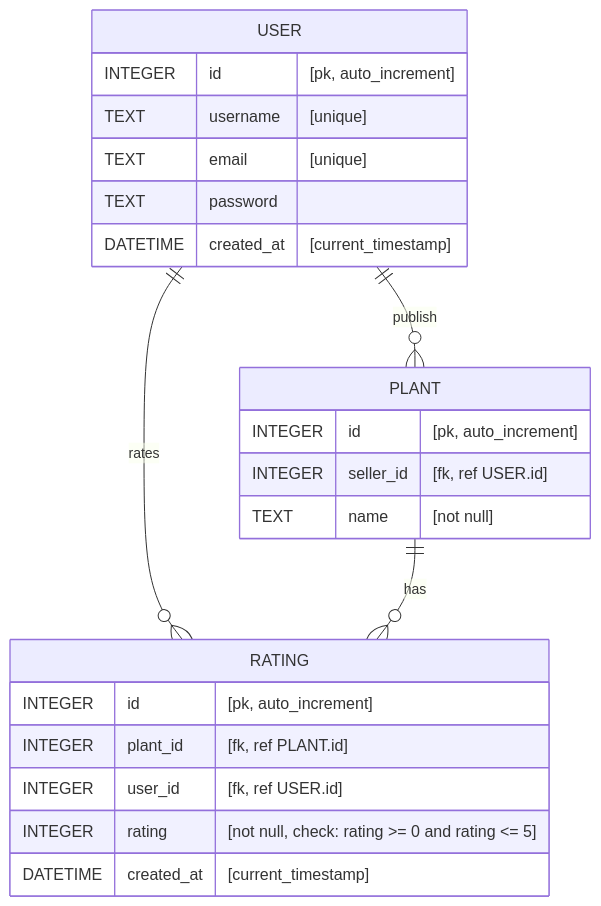
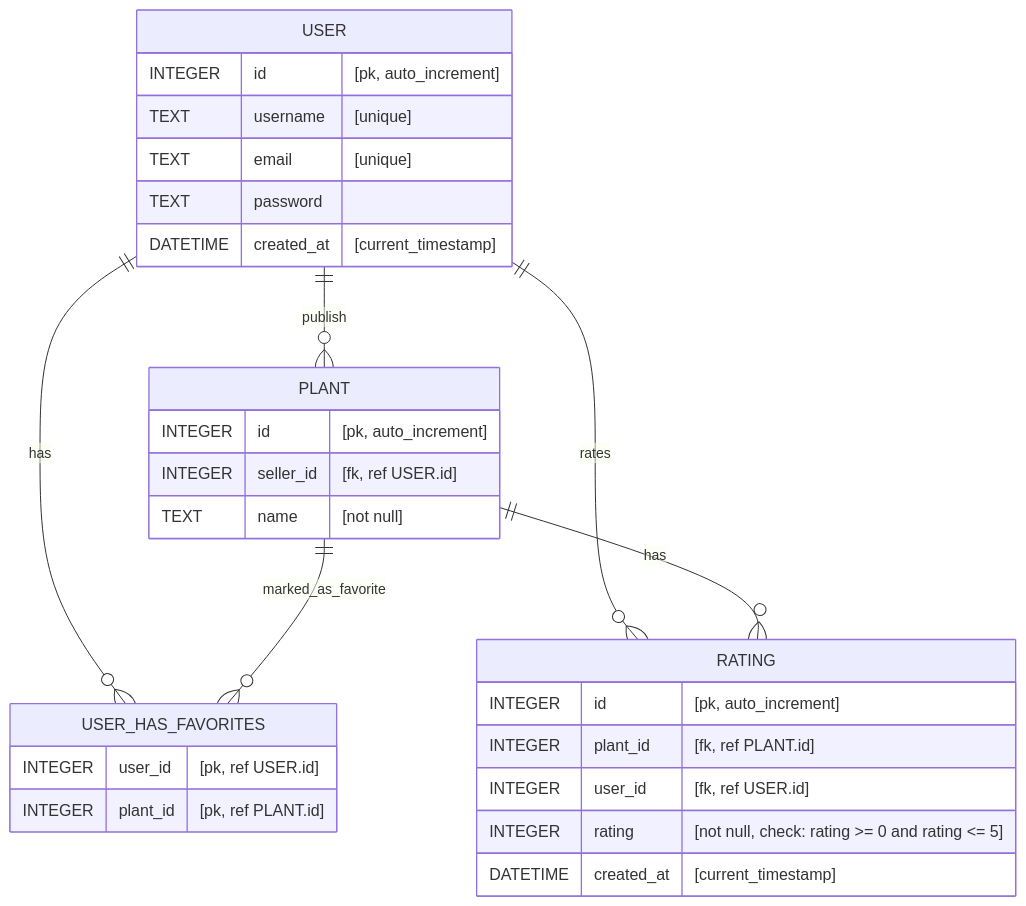
One commit to PedroChaparro/plants-collectors-backend changed the diagram in docs/ENTITY_RELATIONSHIP.MD. Above: the diagram before and after it, drawn with Mermaid. The commit also changed other lines of this file and 1 other file, not shown here.

Commit message:
feat(db): ✨ Add USER_HAS_FAVORITES table
Create a new table to handle "favorites" relations

````diff
--- a/docs/ENTITY_RELATIONSHIP.MD
+++ b/docs/ENTITY_RELATIONSHIP.MD
@@ -5,29 +5,36 @@
 ```mermaid
 erDiagram
 
 USER {
   INTEGER id "[pk, auto_increment]"
   TEXT username "[unique]"
   TEXT email "[unique]"
   TEXT password ""
   DATETIME created_at "[current_timestamp]"
 }
 
 PLANT {
   INTEGER id "[pk, auto_increment]"
   INTEGER seller_id "[fk, ref USER.id]"
   TEXT name "[not null]"
 }
 
+USER_HAS_FAVORITES{
+  INTEGER user_id "[pk, ref USER.id]"
+  INTEGER plant_id "[pk, ref PLANT.id]"
+}
+
 RATING {
   INTEGER id "[pk, auto_increment]"
   INTEGER plant_id "[fk, ref PLANT.id]"
   INTEGER user_id "[fk, ref USER.id]"
   INTEGER rating "[not null, check: rating >= 0 and rating <= 5]"
   DATETIME created_at "[current_timestamp]"
 }
 
 USER ||--o{ PLANT: publish
+USER ||--o{ USER_HAS_FAVORITES: has
+PLANT ||--o{ USER_HAS_FAVORITES: marked_as_favorite
 USER ||--o{ RATING: rates
 PLANT ||--o{ RATING: has
 ```
````
